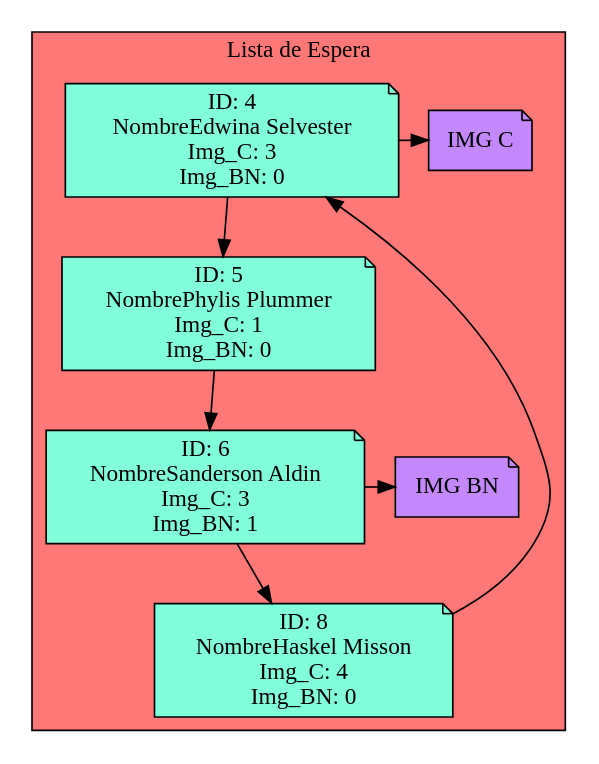
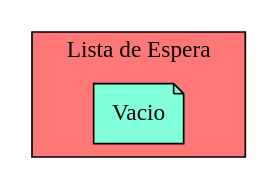
Before and after one commit to Serch-ING/EDD_UDRAWING_202000119: the diagram in Circular_Doble_espera.dot, drawn with Graphviz. The commit also changed 12 other files, not shown here.

```diff
--- a/Circular_Doble_espera.dot
+++ b/Circular_Doble_espera.dot
@@ -1,36 +1,8 @@
 digraph L {
 node[shape=note fillcolor="#A181FF" style =filled]
 subgraph cluster_p{
-    label= "Lista de Espera "
+    label= "Lista de Espera"
     bgcolor = "#FF7878"
-Nodo1201484275[label="ID: 4
-NombreEdwina Selvester
-Img_C: 3
-Img_BN: 0",fillcolor="#81FFDA"]
-Nodo306115458[label="ID: 5
-NombrePhylis Plummer
-Img_C: 1
-Img_BN: 0",fillcolor="#81FFDA"]
-Nodo369049246[label="ID: 6
-NombreSanderson Aldin
-Img_C: 3
-Img_BN: 1",fillcolor="#81FFDA"]
-Nodo1666607455[label="ID: 8
-NombreHaskel Misson
-Img_C: 4
-Img_BN: 0",fillcolor="#81FFDA"]
+Nodo1008925772[label="Vacio",fillcolor="#81FFDA"]
 
-Nodo1201484275 -> Nodo306115458
-Nodo1201484275->Nodo120148427511111
-Nodo120148427511111[label="IMG C",fillcolor="#C388FC"]
-{rank=same;Nodo1201484275,Nodo120148427511111}
-Nodo306115458 -> Nodo369049246
-
-{rank=same;Nodo306115458}
-Nodo369049246 -> Nodo1666607455
-Nodo369049246->Nodo36904924600001
-Nodo36904924600001[label="IMG BN",fillcolor="#C388FC"]
-{rank=same;Nodo369049246,Nodo36904924600001}
-Nodo1666607455 -> Nodo1201484275
-
-{rank=same;Nodo1666607455}}}
+}}
```
